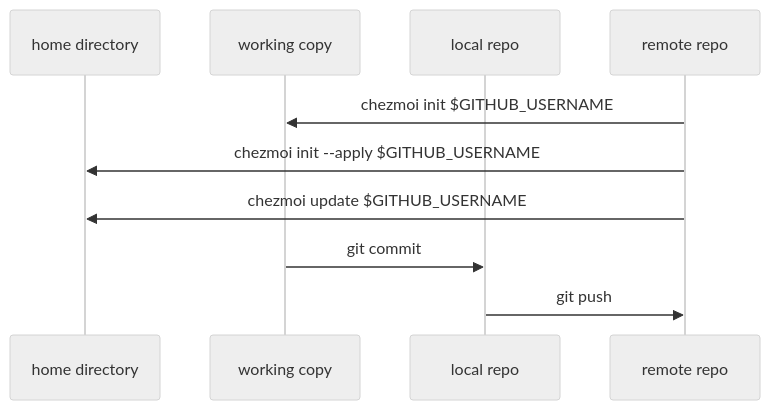
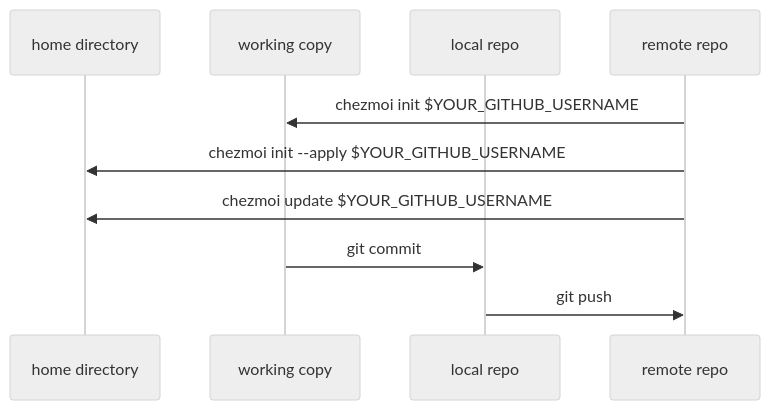
Before and after one commit to twpayne/chezmoi: the second of 2 diagrams in assets/chezmoi.io/docs/user-guide/command-overview.md, drawn with Mermaid (neutral theme). The commit also changed other lines of this file and 10 other files, not shown here.

````diff
--- a/assets/chezmoi.io/docs/user-guide/command-overview.md
+++ b/assets/chezmoi.io/docs/user-guide/command-overview.md
@@ -61,12 +61,12 @@
 ```mermaid
 sequenceDiagram
     participant H as home directory
     participant W as working copy
     participant L as local repo
     participant R as remote repo
-    R->>W: chezmoi init $GITHUB_USERNAME
-    R->>H: chezmoi init --apply $GITHUB_USERNAME
-    R->>H: chezmoi update $GITHUB_USERNAME
+    R->>W: chezmoi init $YOUR_GITHUB_USERNAME
+    R->>H: chezmoi init --apply $YOUR_GITHUB_USERNAME
+    R->>H: chezmoi update $YOUR_GITHUB_USERNAME
     W->>L: git commit
     L->>R: git push
 ```
````
